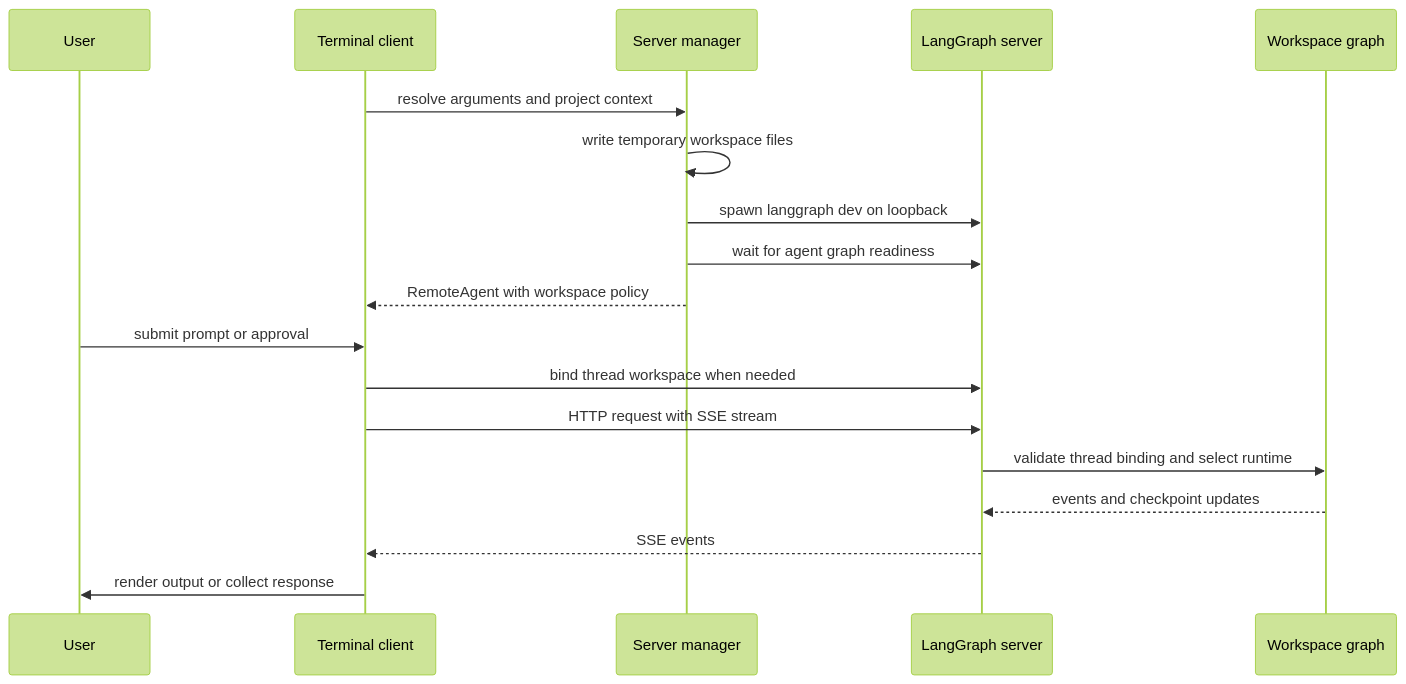
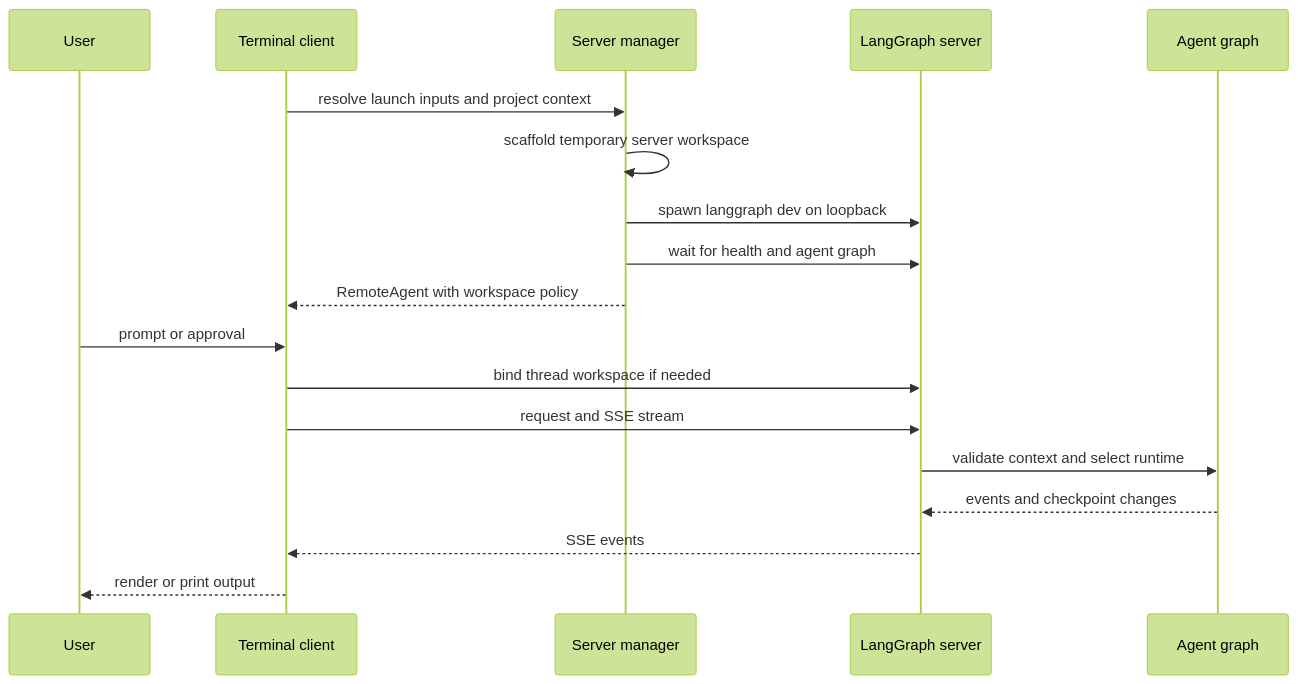
One commit to langchain-ai/deepagents changed the first of 3 diagrams in openwiki/architecture/code-agent.md. Above: the diagram before and after it, drawn with Mermaid (forest theme). The commit also changed other lines of this file and 63 other files, not shown here.

````diff
--- a/openwiki/architecture/code-agent.md
+++ b/openwiki/architecture/code-agent.md
@@ -52,21 +54,21 @@
 ```mermaid
 sequenceDiagram
     participant User
     participant Client as Terminal client
     participant Manager as Server manager
     participant Server as LangGraph server
-    participant Graph as Workspace graph
+    participant Graph as Agent graph
 
-    Client->>Manager: resolve arguments and project context
-    Manager->>Manager: write temporary workspace files
+    Client->>Manager: resolve launch inputs and project context
+    Manager->>Manager: scaffold temporary server workspace
     Manager->>Server: spawn langgraph dev on loopback
-    Manager->>Server: wait for agent graph readiness
+    Manager->>Server: wait for health and agent graph
     Manager-->>Client: RemoteAgent with workspace policy
-    User->>Client: submit prompt or approval
-    Client->>Server: bind thread workspace when needed
-    Client->>Server: HTTP request with SSE stream
-    Server->>Graph: validate thread binding and select runtime
-    Graph-->>Server: events and checkpoint updates
+    User->>Client: prompt or approval
+    Client->>Server: bind thread workspace if needed
+    Client->>Server: request and SSE stream
+    Server->>Graph: validate context and select runtime
+    Graph-->>Server: events and checkpoint changes
     Server-->>Client: SSE events
-    Client->>User: render output or collect response
+    Client-->>User: render or print output
 ```
````
